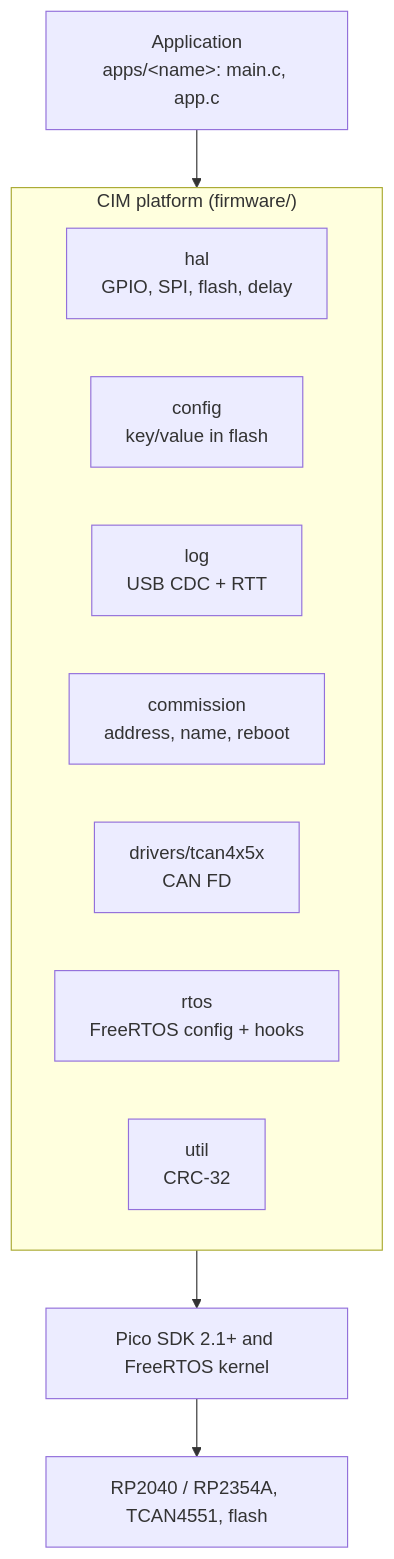
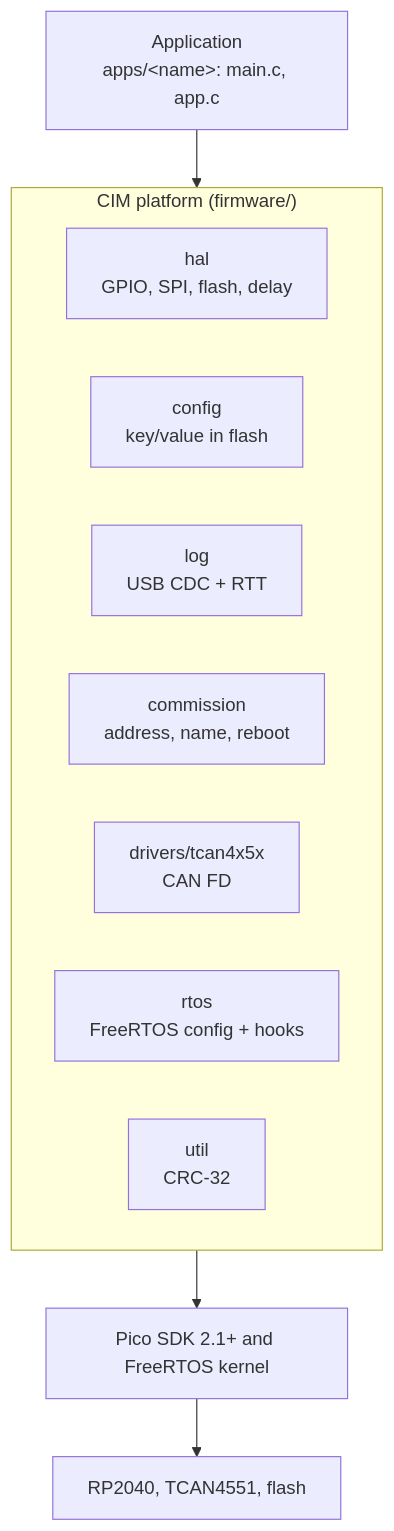
One commit to bluuas/cim changed the first of 3 diagrams in docs/firmware/architecture.md. Above: the diagram before and after it, drawn with Mermaid. The commit also changed 12 other files, not shown here.

````diff
--- a/docs/firmware/architecture.md
+++ b/docs/firmware/architecture.md
@@ -5,17 +5,17 @@
 ```mermaid
 flowchart TB
     app["Application<br/>apps/&lt;name&gt;: main.c, app.c"]
     subgraph platform["CIM platform (firmware/)"]
         direction LR
         hal["hal<br/>GPIO, SPI, flash, delay"]
         config["config<br/>key/value in flash"]
         log["log<br/>USB CDC + RTT"]
         commission["commission<br/>address, name, reboot"]
         tcan["drivers/tcan4x5x<br/>CAN FD"]
         rtos["rtos<br/>FreeRTOS config + hooks"]
         util["util<br/>CRC-32"]
     end
     sdk["Pico SDK 2.1+ and FreeRTOS kernel"]
-    hw["RP2040 / RP2354A, TCAN4551, flash"]
+    hw["RP2040, TCAN4551, flash"]
     app --> platform --> sdk --> hw
 ```
````
